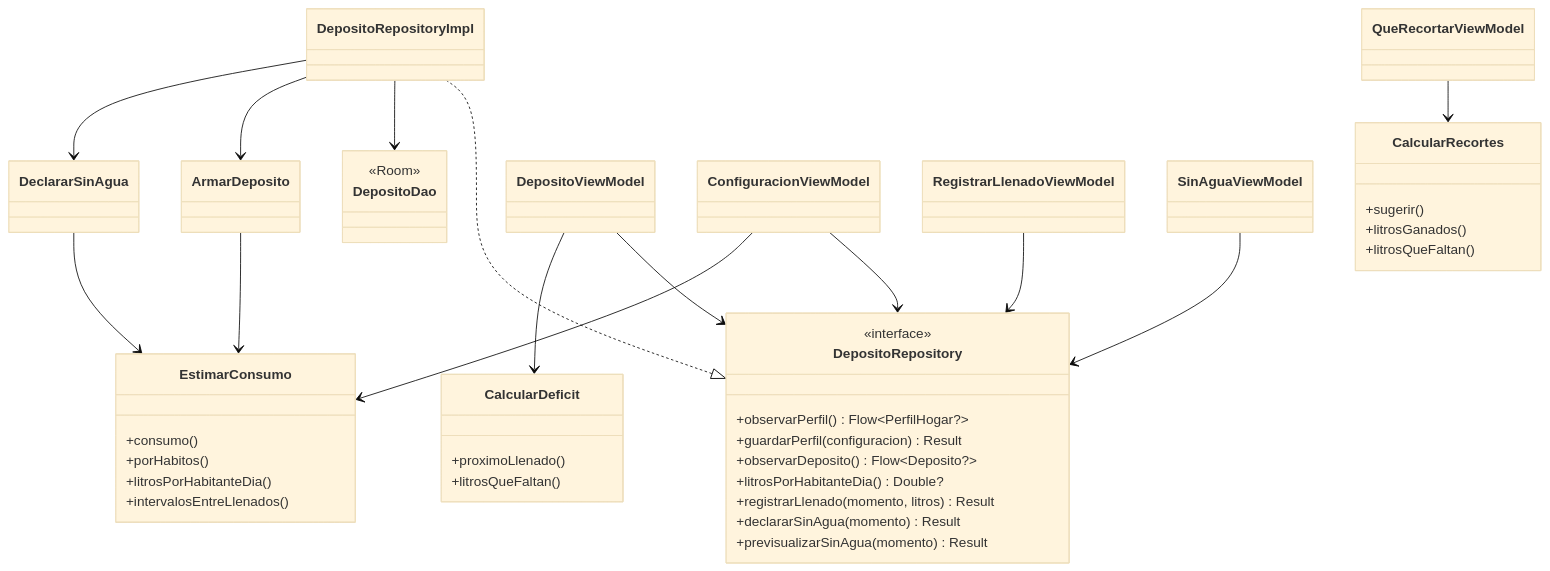
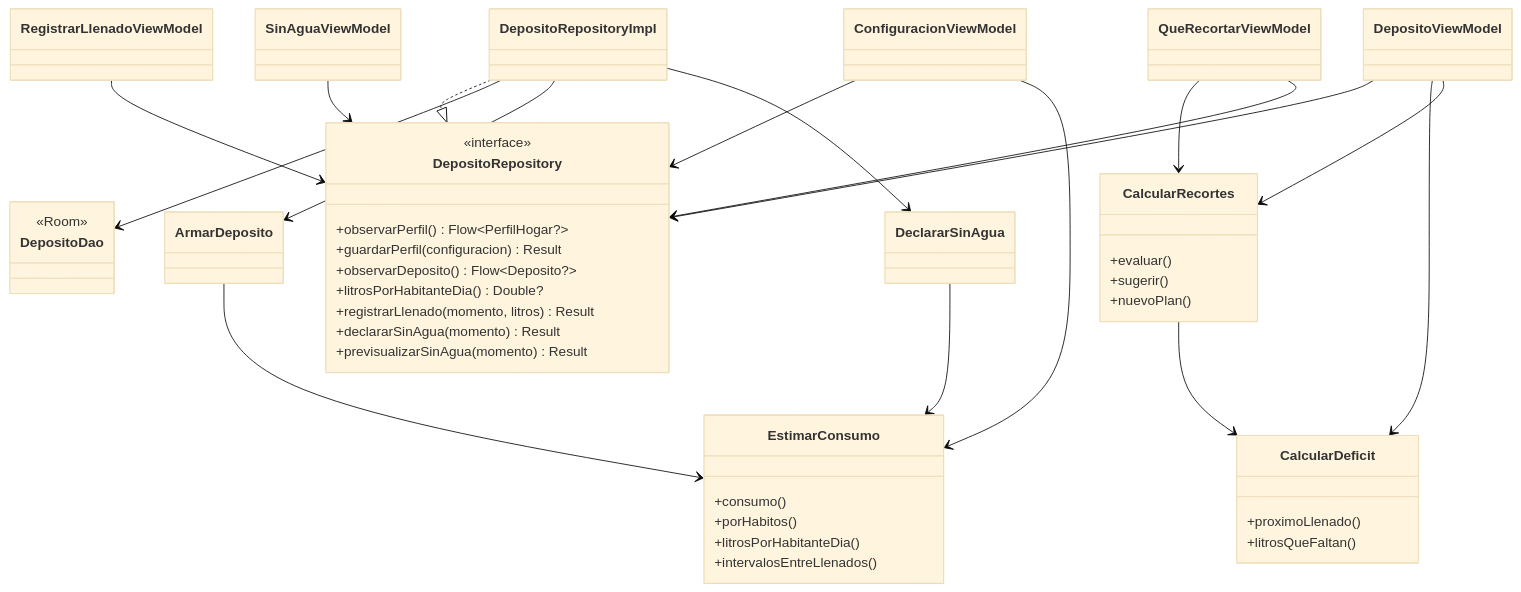
One commit to IkerASierraR/AguardApp changed diagram 13 of 18 in informes/FD04-SAD.md. Above: the diagram before and after it, drawn with Mermaid (base theme). The commit also changed other lines of this file and 21 other files, not shown here.

````diff
--- a/informes/FD04-SAD.md
+++ b/informes/FD04-SAD.md
@@ -405,53 +406,56 @@
 ```mermaid
 classDiagram
     class DepositoRepository {
       <<interface>>
       +observarPerfil() Flow~PerfilHogar?~
       +guardarPerfil(configuracion) Result
       +observarDeposito() Flow~Deposito?~
       +litrosPorHabitanteDia() Double?
       +registrarLlenado(momento, litros) Result
       +declararSinAgua(momento) Result
       +previsualizarSinAgua(momento) Result
     }
     class DepositoRepositoryImpl
     class DepositoDao {
       <<Room>>
     }
     class ArmarDeposito
     class DeclararSinAgua
     class EstimarConsumo {
       +consumo()
       +porHabitos()
       +litrosPorHabitanteDia()
       +intervalosEntreLlenados()
     }
     class CalcularDeficit {
       +proximoLlenado()
       +litrosQueFaltan()
     }
     class CalcularRecortes {
+      +evaluar()
       +sugerir()
-      +litrosGanados()
-      +litrosQueFaltan()
+      +nuevoPlan()
     }
     class DepositoViewModel
     class ConfiguracionViewModel
     class RegistrarLlenadoViewModel
     class QueRecortarViewModel
     class SinAguaViewModel
 
     DepositoRepositoryImpl ..|> DepositoRepository
     DepositoRepositoryImpl --> DepositoDao
     DepositoRepositoryImpl --> ArmarDeposito
     DepositoRepositoryImpl --> DeclararSinAgua
     ArmarDeposito --> EstimarConsumo
     DeclararSinAgua --> EstimarConsumo
     DepositoViewModel --> DepositoRepository
     DepositoViewModel --> CalcularDeficit
     ConfiguracionViewModel --> DepositoRepository
     ConfiguracionViewModel --> EstimarConsumo
     RegistrarLlenadoViewModel --> DepositoRepository
     QueRecortarViewModel --> CalcularRecortes
+    QueRecortarViewModel --> DepositoRepository
+    DepositoViewModel --> CalcularRecortes
+    CalcularRecortes --> CalcularDeficit
     SinAguaViewModel --> DepositoRepository
 ```
````
